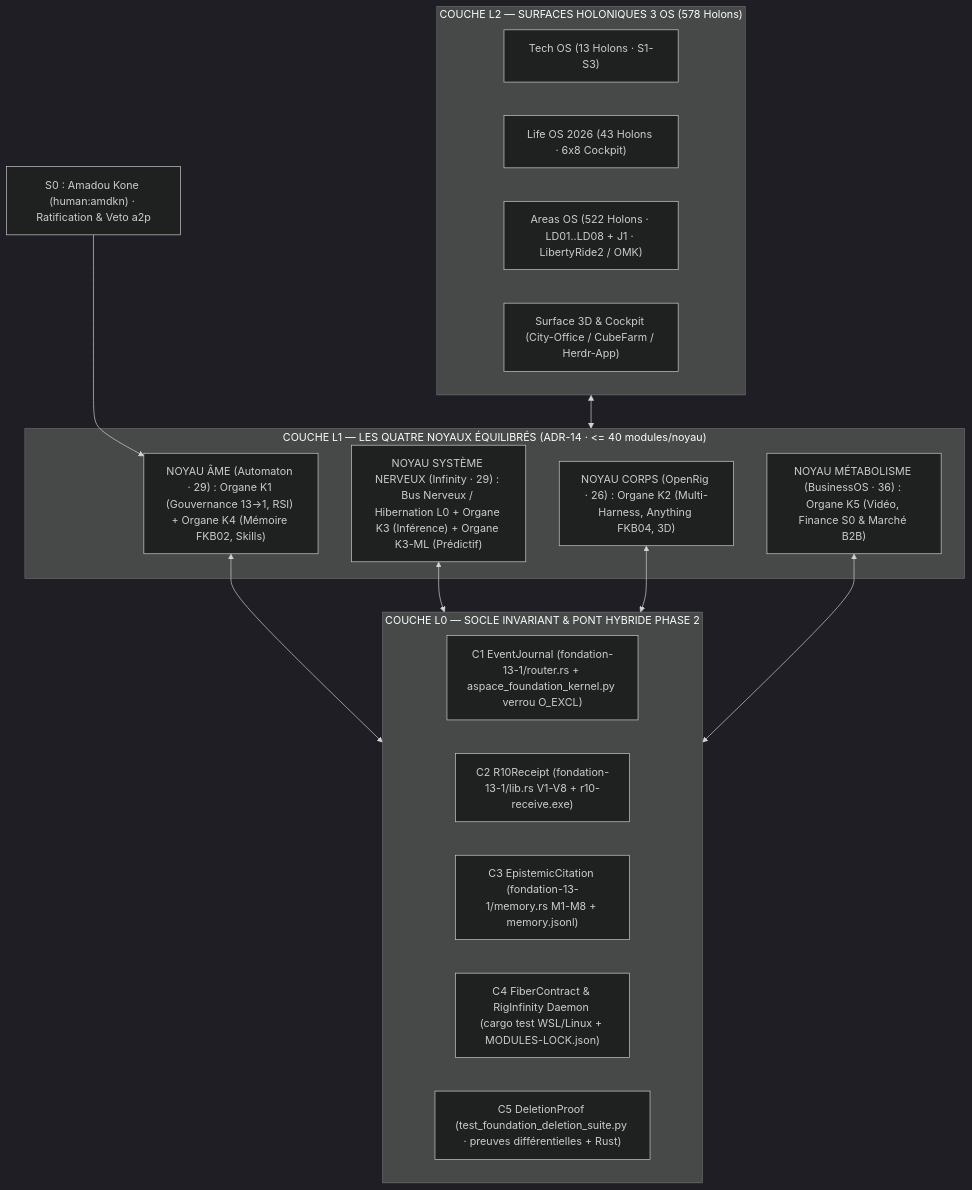
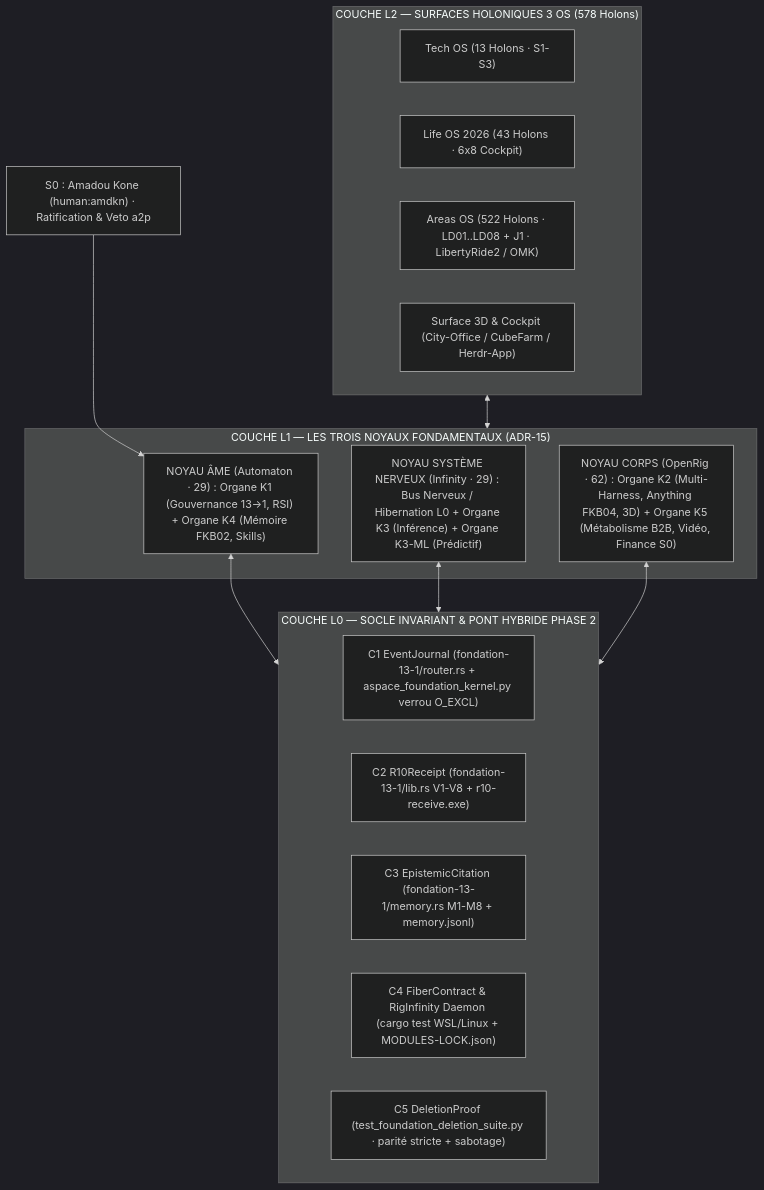
The diagram in 00_Memoire/bundle/fusion/SDD-FONDATION.md (Amdkn/Aspace_OS_V5), drawn with Mermaid (dark theme) before and after one commit. The commit also changed other lines of this file and 15 other files, not shown here.

Commit message:
feat(fusion): Cycle 6 ADR-15 (3 kernels), M095 video-director & strict anti-sabotage differential proofs (16 FUSIONNÉ)

````diff
--- a/00_Memoire/bundle/fusion/SDD-FONDATION.md
+++ b/00_Memoire/bundle/fusion/SDD-FONDATION.md
@@ -13,29 +13,27 @@
 ```mermaid
 flowchart TB
     S0["S0 : Amadou Kone (human:amdkn) · Ratification & Veto a2p"]
     subgraph L2["COUCHE L2 — SURFACES HOLONIQUES 3 OS (578 Holons)"]
         T["Tech OS (13 Holons · S1-S3)"]
         L["Life OS 2026 (43 Holons · 6x8 Cockpit)"]
         A["Areas OS (522 Holons · LD01..LD08 + J1 · LibertyRide2 / OMK)"]
         W3D["Surface 3D & Cockpit (City-Office / CubeFarm / Herdr-App)"]
     end
-    subgraph L1["COUCHE L1 — LES QUATRE NOYAUX ÉQUILIBRÉS (ADR-14 · <= 40 modules/noyau)"]
+    subgraph L1["COUCHE L1 — LES TROIS NOYAUX FONDAMENTAUX (ADR-15)"]
         AME["NOYAU ÂME (Automaton · 29) : Organe K1 (Gouvernance 13->1, RSI) + Organe K4 (Mémoire FKB02, Skills)"]
         SN["NOYAU SYSTÈME NERVEUX (Infinity · 29) : Bus Nerveux / Hibernation L0 + Organe K3 (Inférence) + Organe K3-ML (Prédictif)"]
-        CORPS["NOYAU CORPS (OpenRig · 26) : Organe K2 (Multi-Harness, Anything FKB04, 3D)"]
-        META["NOYAU MÉTABOLISME (BusinessOS · 36) : Organe K5 (Vidéo, Finance S0 & Marché B2B)"]
+        CORPS["NOYAU CORPS (OpenRig · 62) : Organe K2 (Multi-Harness, Anything FKB04, 3D) + Organe K5 (Métabolisme B2B, Vidéo, Finance S0)"]
     end
     subgraph L0["COUCHE L0 — SOCLE INVARIANT & PONT HYBRIDE PHASE 2"]
         C1["C1 EventJournal (fondation-13-1/router.rs + aspace_foundation_kernel.py verrou O_EXCL)"]
         C2["C2 R10Receipt (fondation-13-1/lib.rs V1-V8 + r10-receive.exe)"]
         C3["C3 EpistemicCitation (fondation-13-1/memory.rs M1-M8 + memory.jsonl)"]
         C4["C4 FiberContract & RigInfinity Daemon (cargo test WSL/Linux + MODULES-LOCK.json)"]
-        C5["C5 DeletionProof (test_foundation_deletion_suite.py · preuves différentielles + Rust)"]
+        C5["C5 DeletionProof (test_foundation_deletion_suite.py · parité stricte + sabotage)"]
     end
     S0 --> AME
     L2 <--> L1
     AME <--> L0
     SN <--> L0
     CORPS <--> L0
-    META <--> L0
 ```
````
